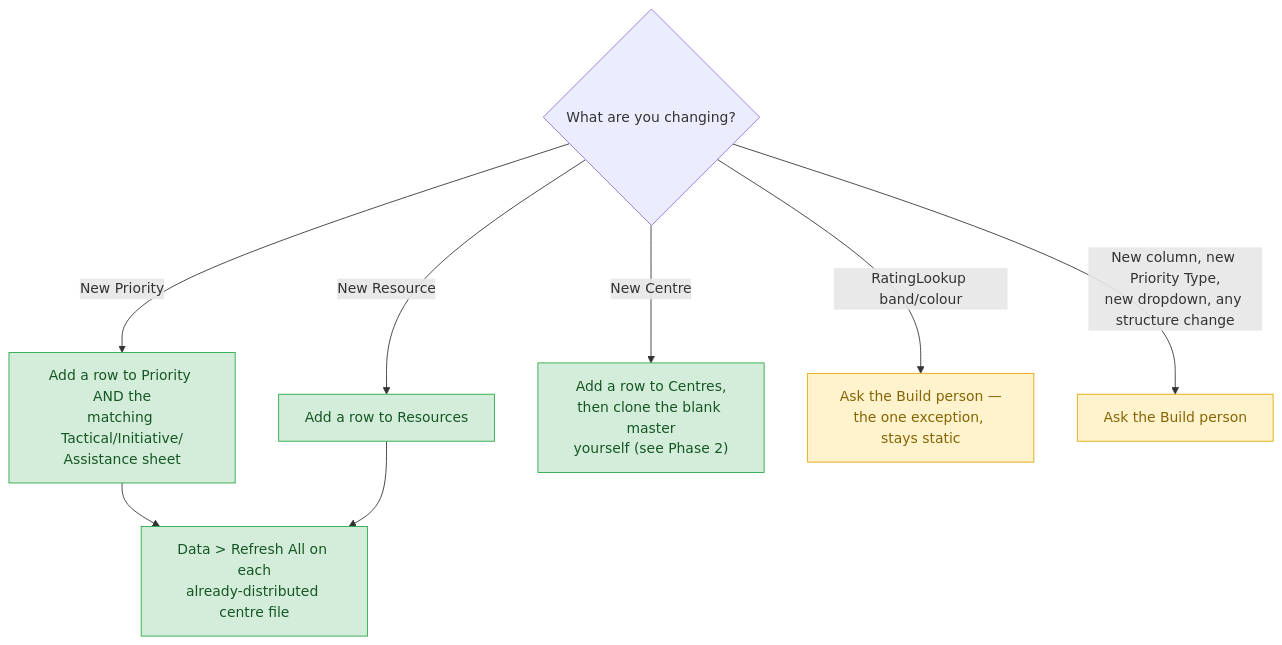
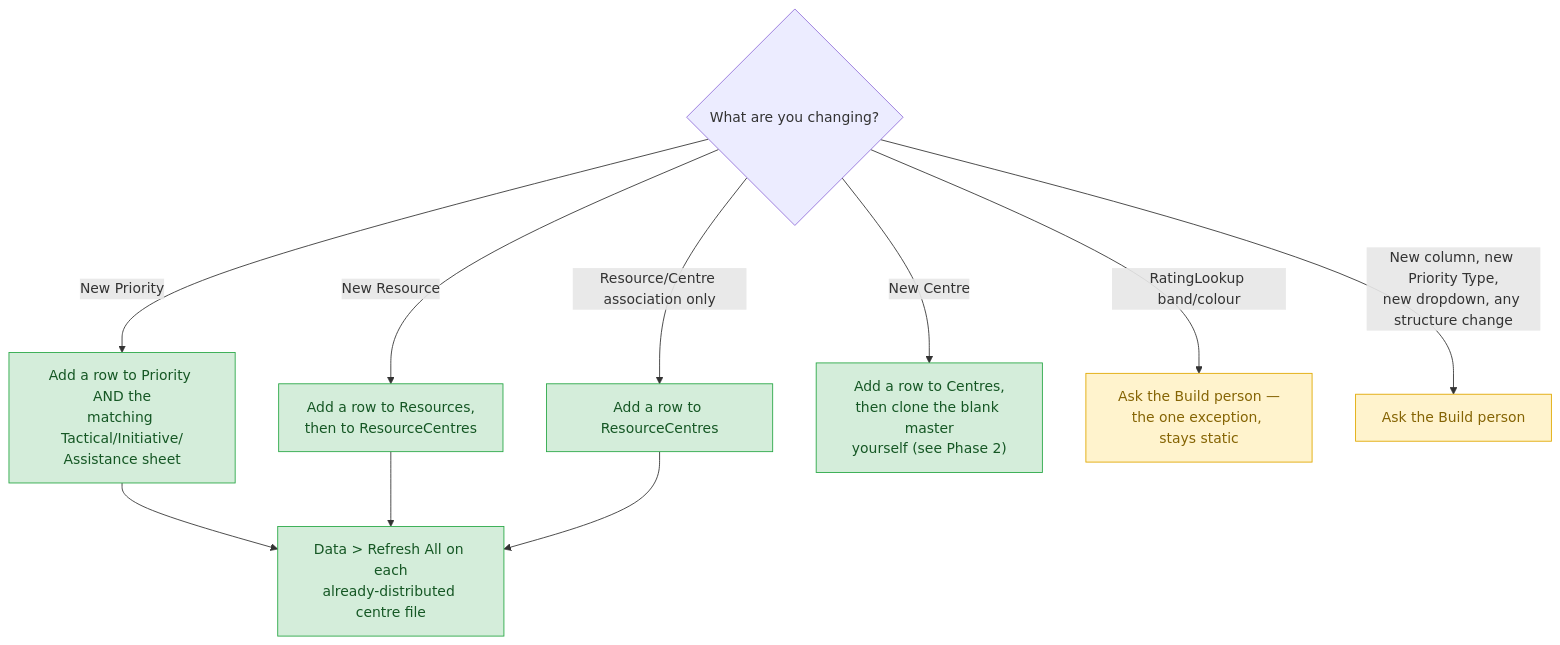
The second of 2 diagrams in docs/management-user-guide.md (Gajol/Prioritization), drawn with Mermaid before and after one commit. The commit also changed other lines of this file and 18 other files, not shown here.

First line of the commit message:
Add Priority Selection step and scope Resources to Centres

````diff
--- a/docs/management-user-guide.md
+++ b/docs/management-user-guide.md
@@ -170,15 +189,17 @@
 ```mermaid
 flowchart TD
     classDef excel fill:#d4edda,stroke:#28a745,color:#155724
     classDef build fill:#fff3cd,stroke:#e0a800,color:#856404
 
     Q{What are you changing?}
     Q -->|New Priority| R1["Add a row to Priority AND the<br/>matching Tactical/Initiative/<br/>Assistance sheet"]:::excel
-    Q -->|New Resource| R2["Add a row to Resources"]:::excel
+    Q -->|New Resource| R2["Add a row to Resources,<br/>then to ResourceCentres"]:::excel
+    Q -->|Resource/Centre association only| R2b["Add a row to ResourceCentres"]:::excel
     Q -->|New Centre| R3["Add a row to Centres,<br/>then clone the blank master<br/>yourself (see Phase 2)"]:::excel
     Q -->|RatingLookup band/colour| R4["Ask the Build person —<br/>the one exception, stays static"]:::build
     Q -->|New column, new Priority Type,<br/>new dropdown, any structure change| R5["Ask the Build person"]:::build
 
     R1 --> F["Data > Refresh All on each<br/>already-distributed centre file"]:::excel
     R2 --> F
+    R2b --> F
 ```
````
